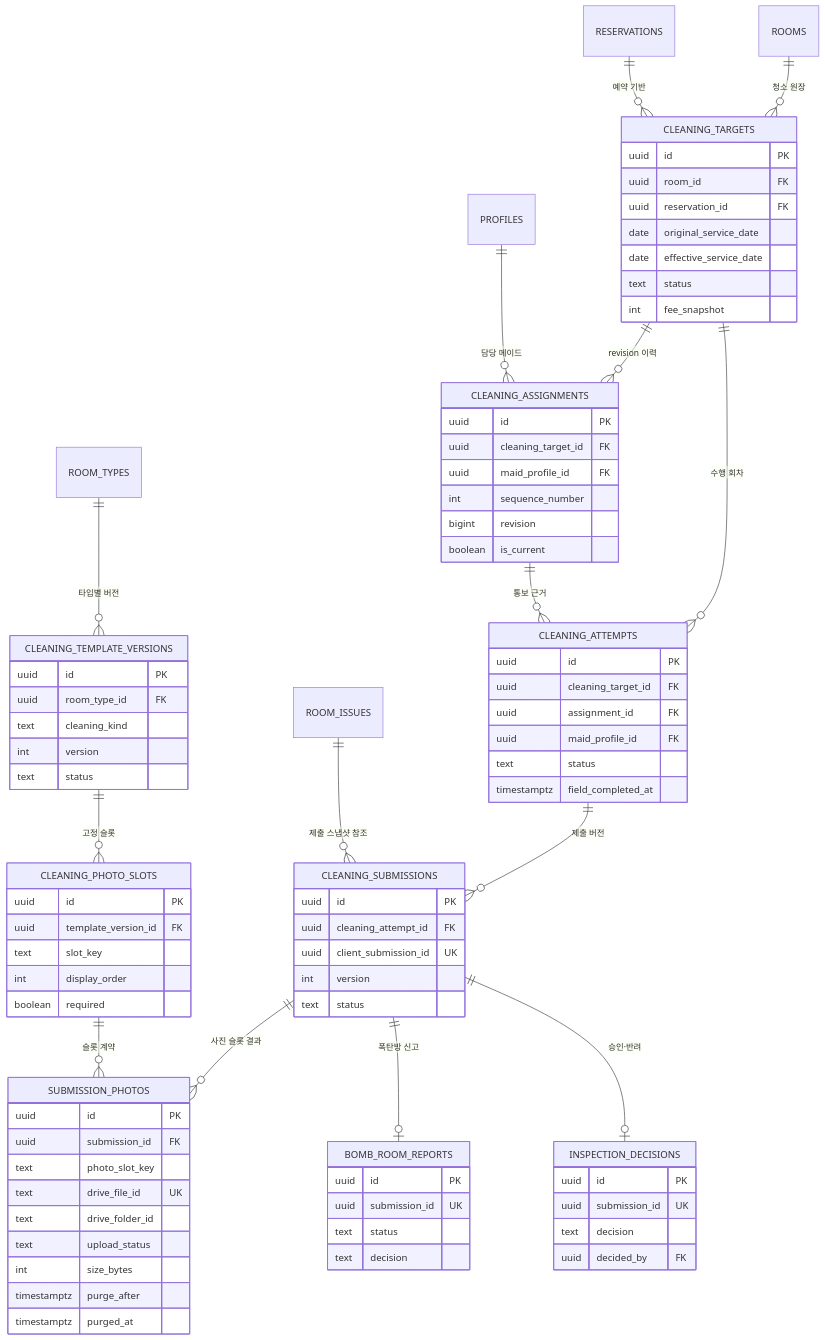
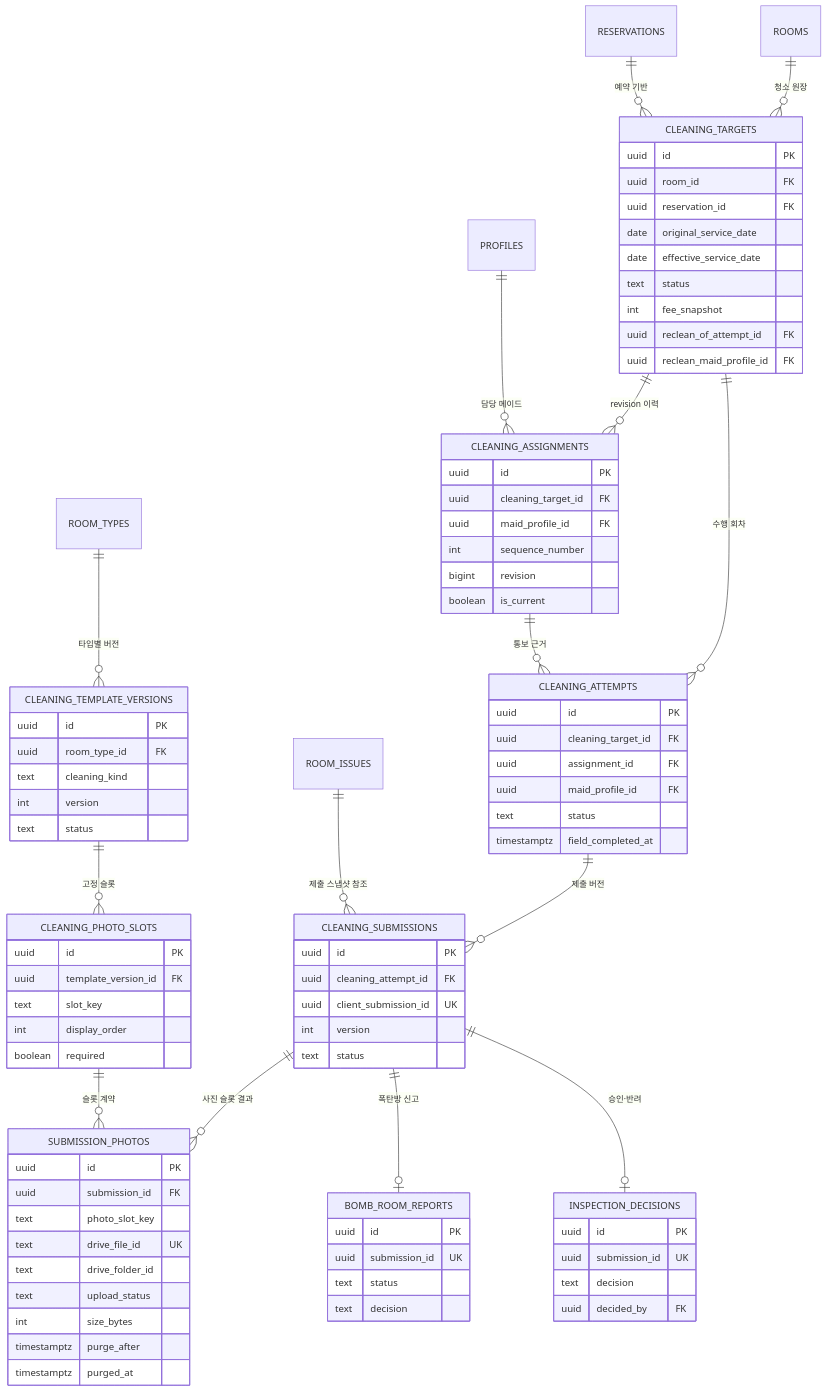
Before and after one commit to wrongstory/room-management-system-backend: the fourth of 5 diagrams in docs/ERD.md, drawn with Mermaid. The commit also changed other lines of this file and 38 other files, not shown here.

```diff
--- a/docs/ERD.md
+++ b/docs/ERD.md
@@ -211,6 +200,8 @@
     date effective_service_date
     text status
     int fee_snapshot
+    uuid reclean_of_attempt_id FK
+    uuid reclean_maid_profile_id FK
   }
   CLEANING_ASSIGNMENTS {
     uuid id PK
```
